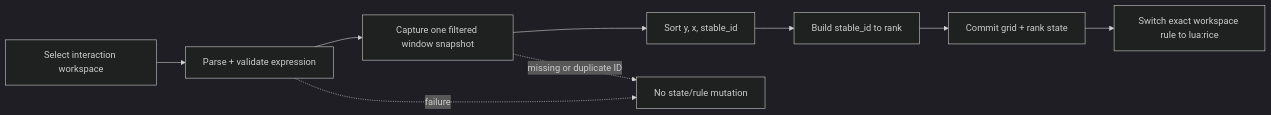
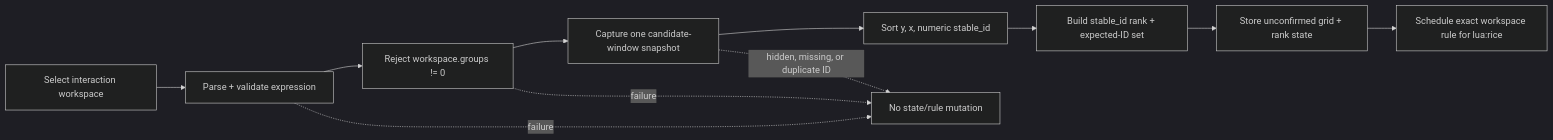
The diagram in docs/specs/2026-07-15-hypr-rice-layout-follow-up-design.md (phibkro/homelab), drawn with Mermaid (dark theme) before and after one commit. The commit also changed other lines of this file, not shown here.

````diff
--- a/docs/specs/2026-07-15-hypr-rice-layout-follow-up-design.md
+++ b/docs/specs/2026-07-15-hypr-rice-layout-follow-up-design.md
@@ -177,11 +184,13 @@
 ```mermaid
 flowchart LR
   A[Select interaction workspace] --> V[Parse + validate expression]
-  V --> W[Capture one filtered window snapshot]
-  W --> S[Sort y, x, stable_id]
-  S --> R[Build stable_id to rank]
-  R --> C[Commit grid + rank state]
-  C --> L[Switch exact workspace rule to lua:rice]
+  V --> G[Reject workspace.groups != 0]
+  G --> W[Capture one candidate-window snapshot]
+  W --> S[Sort y, x, numeric stable_id]
+  S --> R[Build stable_id rank + expected-ID set]
+  R --> C[Store unconfirmed grid + rank state]
+  C --> L[Schedule exact workspace rule for lua:rice]
   V -. failure .-> N[No state/rule mutation]
-  W -. missing or duplicate ID .-> N
+  G -. failure .-> N
+  W -. hidden, missing, or duplicate ID .-> N
 ```
````
